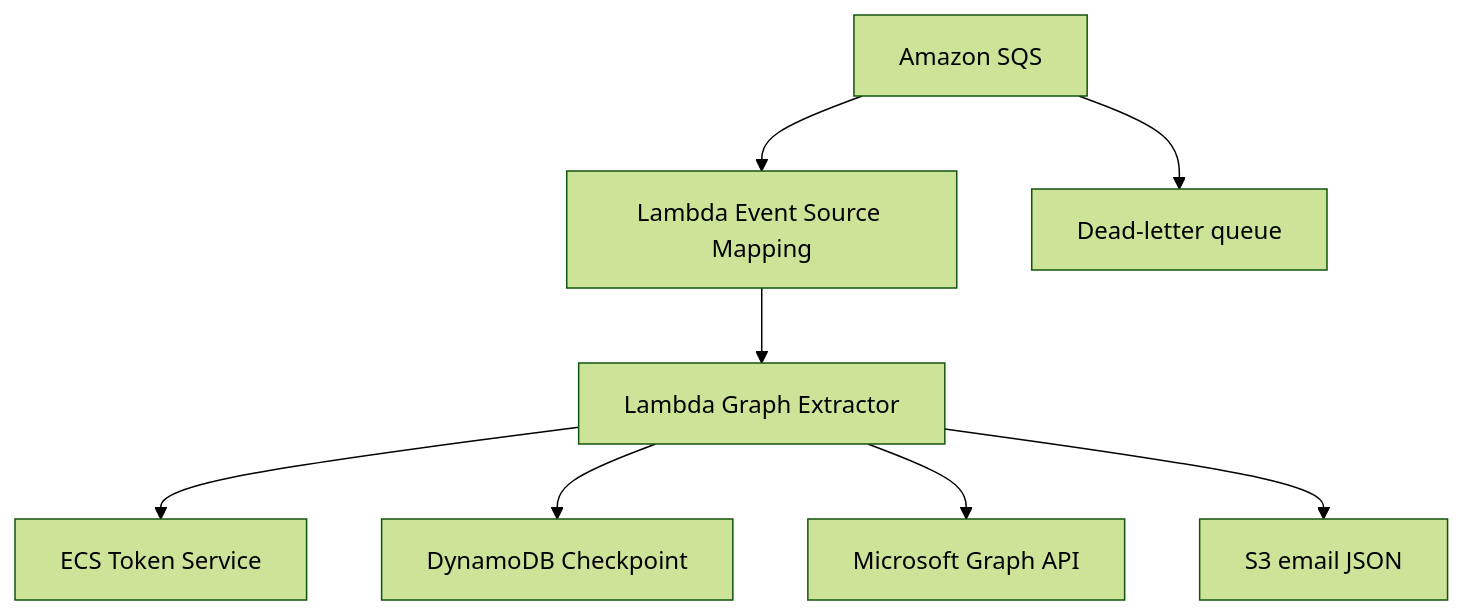
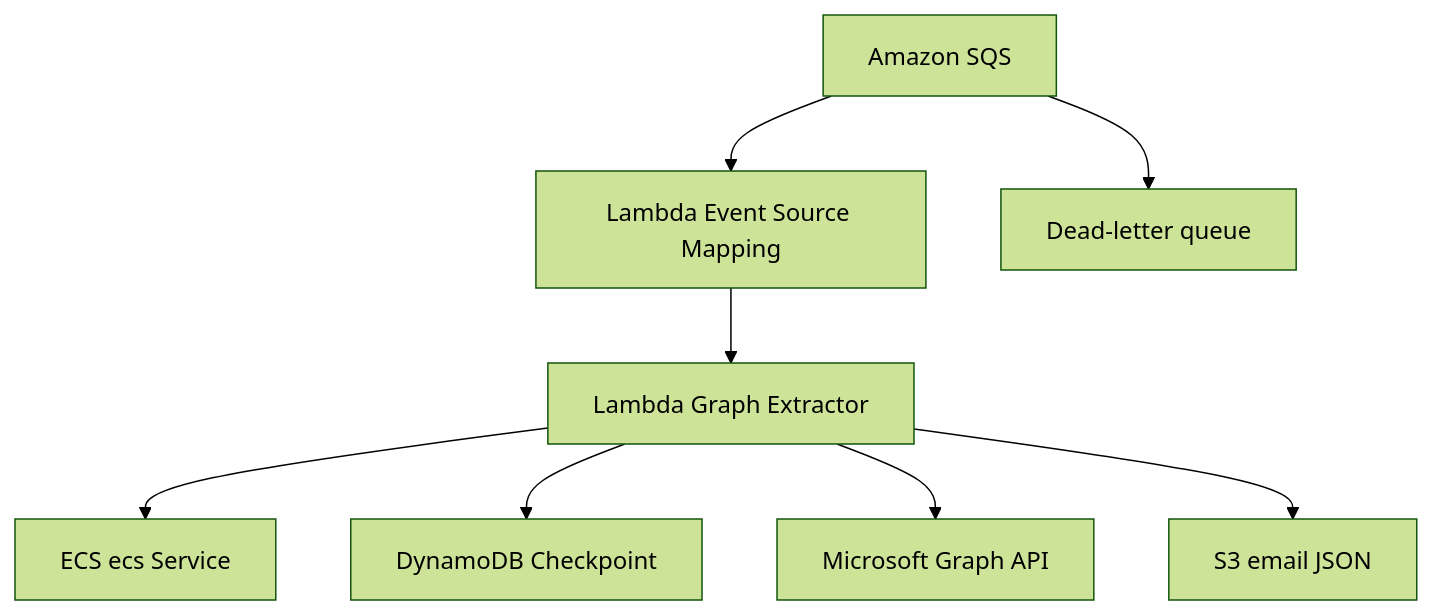
The diagram in PRD-lambda-extracao-graph-emails-go.md (codnew2/udemyMark), drawn with Mermaid (forest theme) before and after one commit. The commit also changed other lines of this file, not shown here.

````diff
--- a/PRD-lambda-extracao-graph-emails-go.md
+++ b/PRD-lambda-extracao-graph-emails-go.md
@@ -82,10 +82,10 @@
 ```mermaid
 flowchart TD
     SQS["Amazon SQS"] --> ESM["Lambda Event Source Mapping"]
     ESM --> L["Lambda Graph Extractor"]
-    L --> TOKEN["ECS Token Service"]
+    L --> ECS["ECS ecs Service"]
     L --> DDB["DynamoDB Checkpoint"]
     L --> GRAPH["Microsoft Graph API"]
     L --> S3["S3 email JSON"]
     SQS --> DLQ["Dead-letter queue"]
 ```
````
